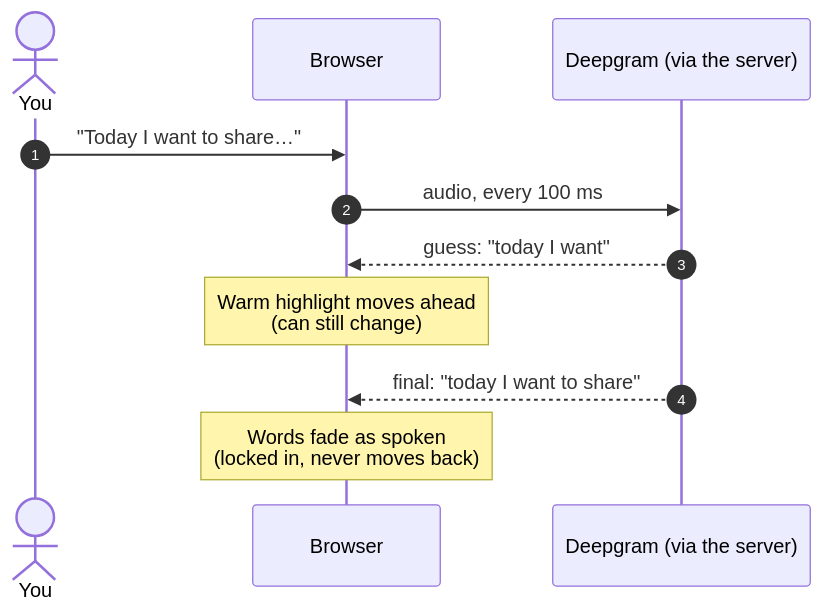
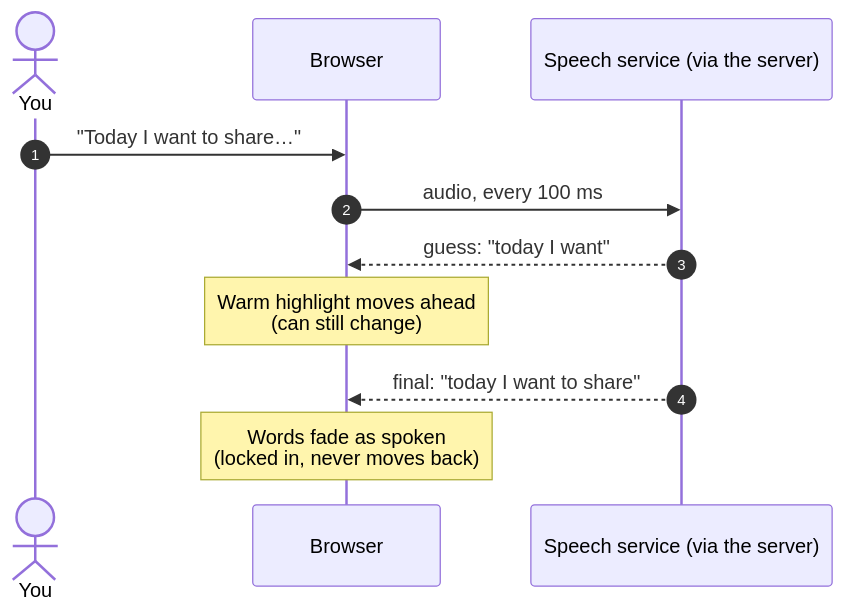
The third of 4 diagrams in README.md (rimorin/tk_teleprompter), drawn with Mermaid before and after one commit. The commit also changed other lines of this file and 6 other files, not shown here.

````diff
--- a/README.md
+++ b/README.md
@@ -309,14 +317,14 @@
 ```mermaid
 sequenceDiagram
     autonumber
     actor You
     participant App as Browser
-    participant DG as Deepgram (via the server)
+    participant DG as Speech service (via the server)
 
     You->>App: "Today I want to share…"
     App->>DG: audio, every 100 ms
     DG-->>App: guess: "today I want"
     Note over App: Warm highlight moves ahead<br/>(can still change)
     DG-->>App: final: "today I want to share"
     Note over App: Words fade as spoken<br/>(locked in, never moves back)
 ```
````
